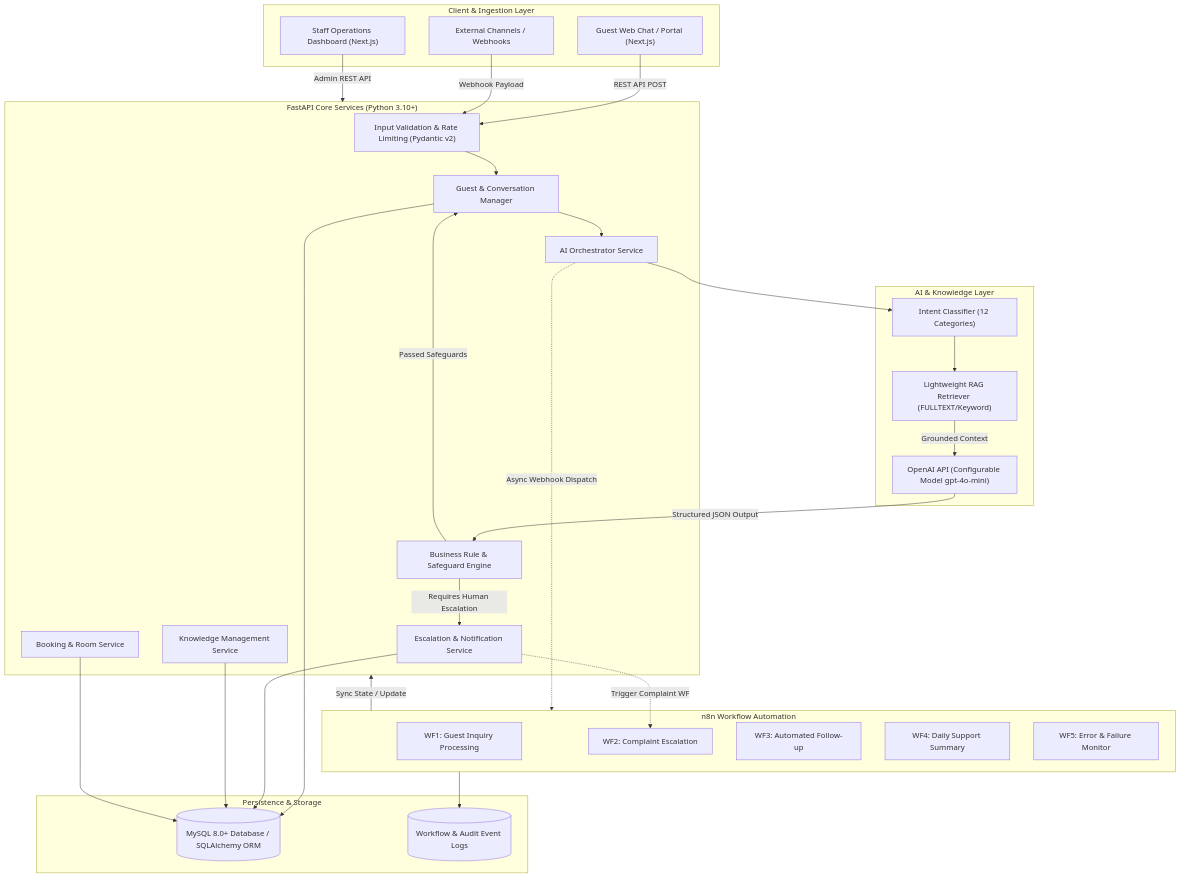
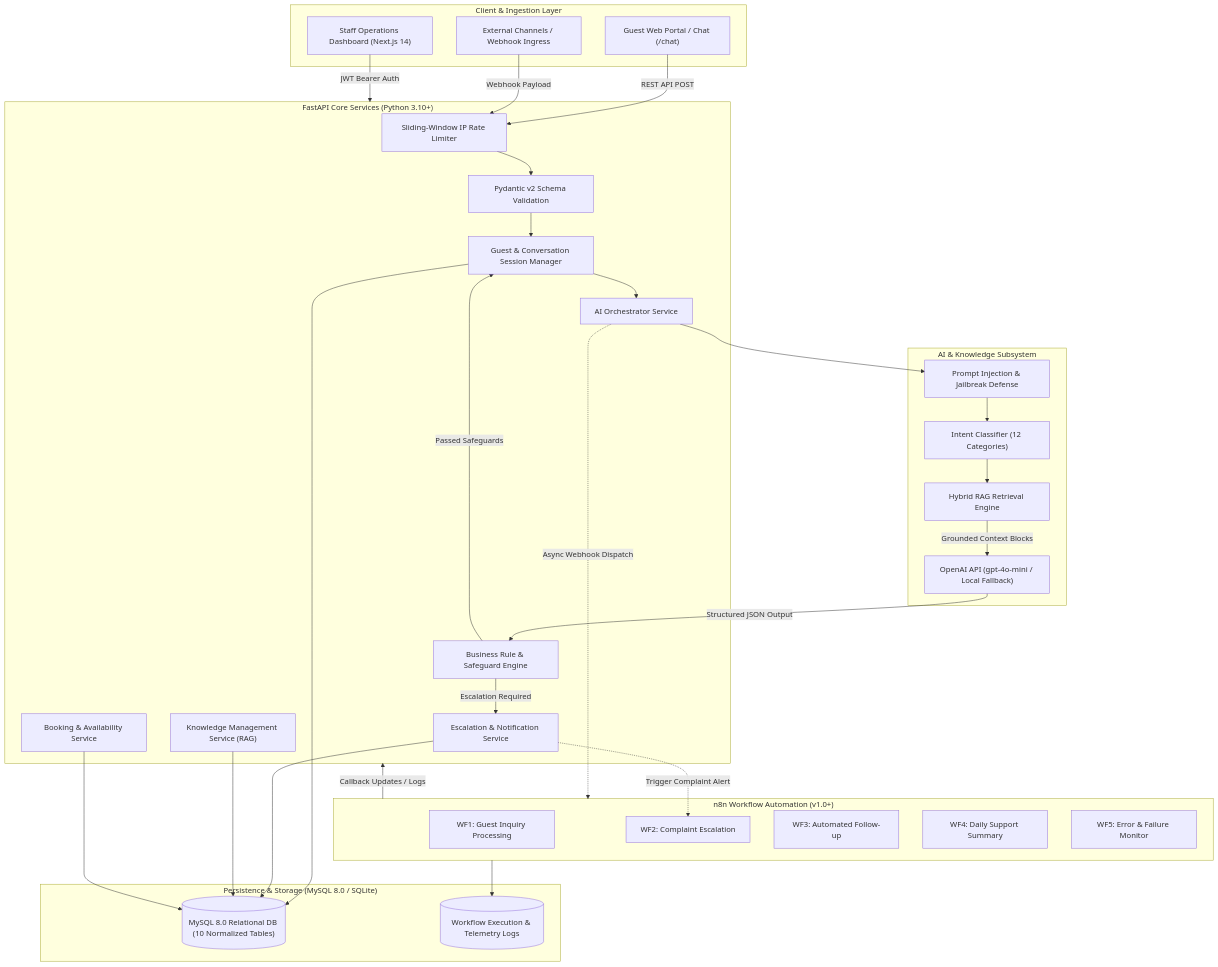
The first of 2 diagrams in README.md (imran7976/hotel-guest-support-automation), drawn with Mermaid before and after one commit. The commit also changed other lines of this file and 5 other files, not shown here.

````diff
--- a/README.md
+++ b/README.md
@@ -33,68 +37,72 @@
 ```mermaid
 flowchart TD
     %% Clients & Entry Points
     subgraph ClientLayer ["Client & Ingestion Layer"]
-        GuestChat["Guest Web Chat / Portal (Next.js)"]
-        StaffDashboard["Staff Operations Dashboard (Next.js)"]
-        WebhookTrigger["External Channels / Webhooks"]
+        GuestChat["Guest Web Portal / Chat (/chat)"]
+        StaffDashboard["Staff Operations Dashboard (Next.js 14)"]
+        WebhookTrigger["External Channels / Webhook Ingress"]
     end
 
     %% Backend Gateway & APIs
     subgraph APILayer ["FastAPI Core Services (Python 3.10+)"]
-        InputVal["Input Validation & Rate Limiting (Pydantic v2)"]
-        ConvManager["Guest & Conversation Manager"]
+        RateLimiter["Sliding-Window IP Rate Limiter"]
+        InputVal["Pydantic v2 Schema Validation"]
+        ConvManager["Guest & Conversation Session Manager"]
         AIEngine["AI Orchestrator Service"]
         BizRules["Business Rule & Safeguard Engine"]
         EscalationService["Escalation & Notification Service"]
-        KnowledgeService["Knowledge Management Service"]
-        BookingService["Booking & Room Service"]
+        KnowledgeService["Knowledge Management Service (RAG)"]
+        BookingService["Booking & Availability Service"]
     end
 
     %% AI & Retrieval Layer
-    subgraph IntelligenceLayer ["AI & Knowledge Layer"]
+    subgraph IntelligenceLayer ["AI & Knowledge Subsystem"]
+        InjectionDefense["Prompt Injection & Jailbreak Defense"]
         IntentClassifier["Intent Classifier (12 Categories)"]
-        RAGRetriever["Lightweight RAG Retriever (FULLTEXT/Keyword)"]
-        OpenAIClient["OpenAI API (Configurable Model gpt-4o-mini)"]
+        RAGRetriever["Hybrid RAG Retrieval Engine"]
+        OpenAIClient["OpenAI API (gpt-4o-mini / Local Fallback)"]
     end
 
     %% Workflow Automation
-    subgraph AutomationLayer ["n8n Workflow Automation"]
+    subgraph AutomationLayer ["n8n Workflow Automation (v1.0+)"]
         WF1["WF1: Guest Inquiry Processing"]
         WF2["WF2: Complaint Escalation"]
         WF3["WF3: Automated Follow-up"]
         WF4["WF4: Daily Support Summary"]
         WF5["WF5: Error & Failure Monitor"]
     end
 
     %% Persistence
-    subgraph DataLayer ["Persistence & Storage"]
-        MySQLDB[("MySQL 8.0+ Database / SQLAlchemy ORM")]
-        AuditLogs[("Workflow & Audit Event Logs")]
+    subgraph DataLayer ["Persistence & Storage (MySQL 8.0 / SQLite)"]
+        MySQLDB[("MySQL 8.0 Relational DB (10 Normalized Tables)")]
+        WorkflowLogs[("Workflow Execution & Telemetry Logs")]
     end
 
     %% Flow connections
-    GuestChat -->|REST API POST| InputVal
-    WebhookTrigger -->|Webhook Payload| InputVal
-    StaffDashboard -->|Admin REST API| APILayer
+    GuestChat -->|REST API POST| RateLimiter
+    WebhookTrigger -->|Webhook Payload| RateLimiter
+    StaffDashboard -->|JWT Bearer Auth| APILayer
 
+    RateLimiter --> InputVal
     InputVal --> ConvManager
     ConvManager --> AIEngine
 
-    AIEngine --> IntentClassifier
+    AIEngine --> InjectionDefense
+    InjectionDefense --> IntentClassifier
     IntentClassifier --> RAGRetriever
-    RAGRetriever -->|Grounded Context| OpenAIClient
+    RAGRetriever -->|Grounded Context Blocks| OpenAIClient
     OpenAIClient -->|Structured JSON Output| BizRules
 
     BizRules -->|Passed Safeguards| ConvManager
-    BizRules -->|Requires Human Escalation| EscalationService
+    BizRules -->|Escalation Required| EscalationService
 
     AIEngine -.->|Async Webhook Dispatch| AutomationLayer
-    EscalationService -.->|Trigger Complaint WF| WF2
-    AutomationLayer -->|Sync State / Update| APILayer
+    EscalationService -.->|Trigger Complaint Alert| WF2
+    AutomationLayer -->|Callback Updates / Logs| APILayer
 
     ConvManager --> MySQLDB
     EscalationService --> MySQLDB
     KnowledgeService --> MySQLDB
     BookingService --> MySQLDB
-    AutomationLayer --> AuditLogs
+    AutomationLayer --> WorkflowLogs
 ```
````
